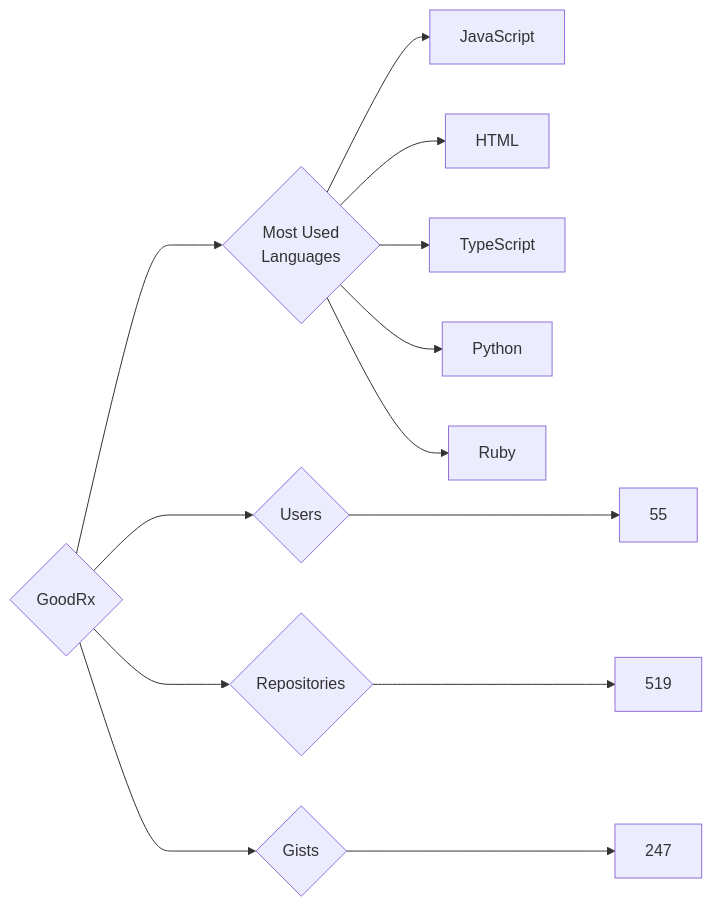
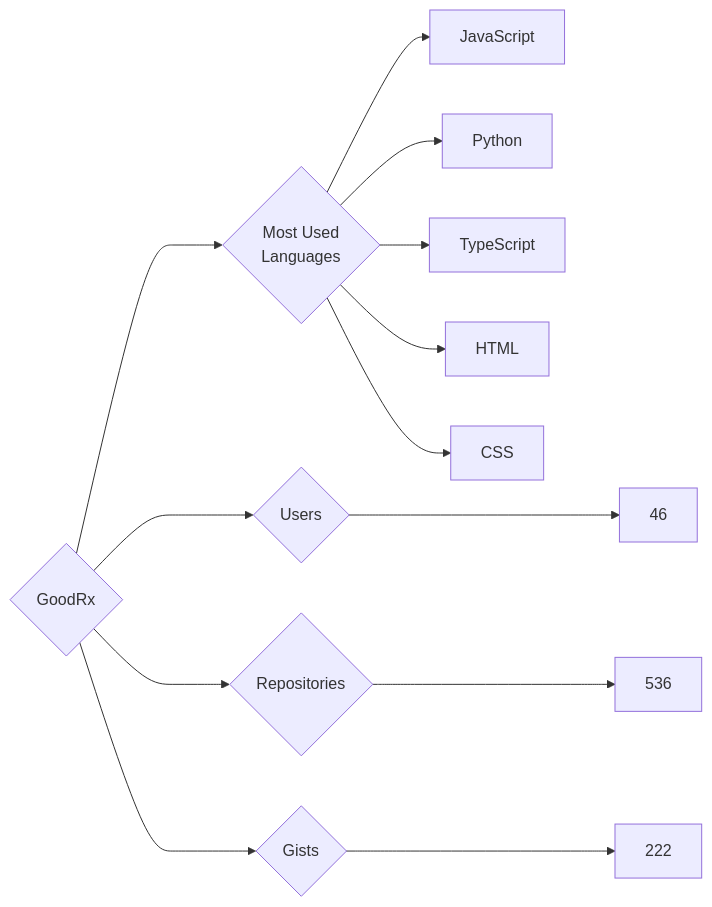
Before and after one commit to trickest/insiders: the diagram in targets/GoodRx/README.md, drawn with Mermaid. The commit also changed 681 other files, not shown here.

````diff
--- a/targets/GoodRx/README.md
+++ b/targets/GoodRx/README.md
@@ -3,13 +3,13 @@
 ```mermaid
 graph LR
 COMPANY_NAME{GoodRx}
-COMPANY_NAME ---> U{Users} ---> UN[55]
-COMPANY_NAME ---> R{Repositories} ---> RN[519]
-COMPANY_NAME ---> G{Gists} ---> GN[247]
+COMPANY_NAME ---> U{Users} ---> UN[46]
+COMPANY_NAME ---> R{Repositories} ---> RN[536]
+COMPANY_NAME ---> G{Gists} ---> GN[222]
 COMPANY_NAME ---> ML{Most Used<br>Languages}
 ML --> JavaScript[JavaScript]
+ML --> Python[Python]
+ML --> TypeScript[TypeScript]
 ML --> HTML[HTML]
-ML --> TypeScript[TypeScript]
-ML --> Python[Python]
-ML --> Ruby[Ruby]
+ML --> CSS[CSS]
 ```
````
